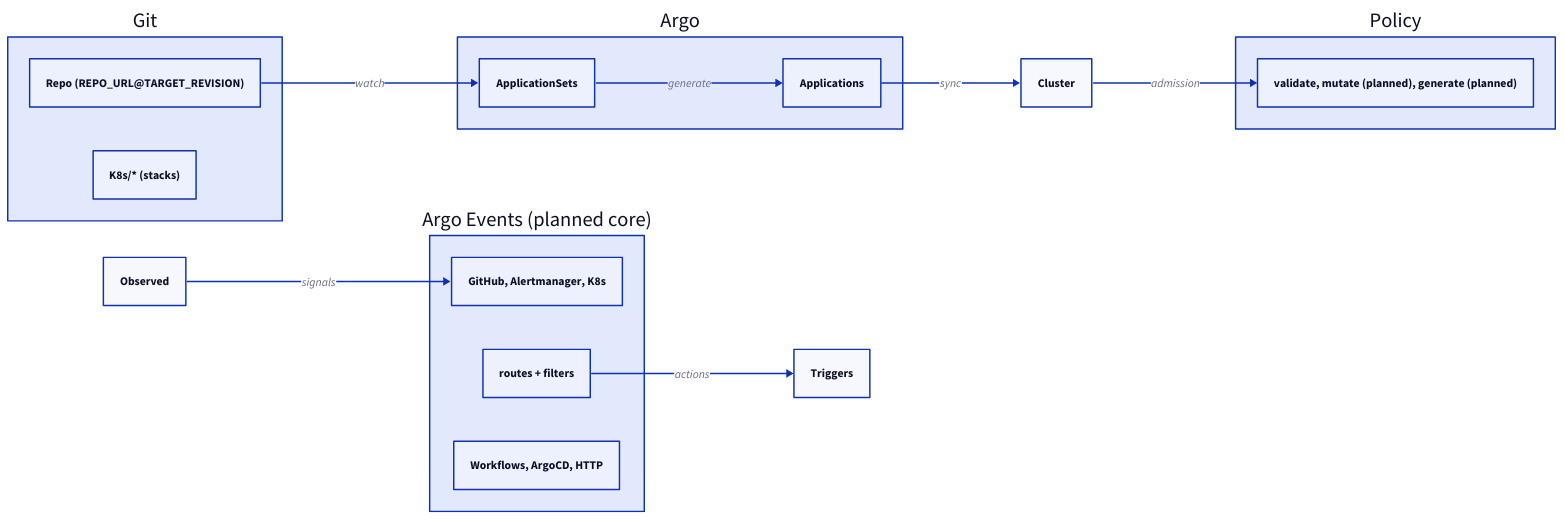
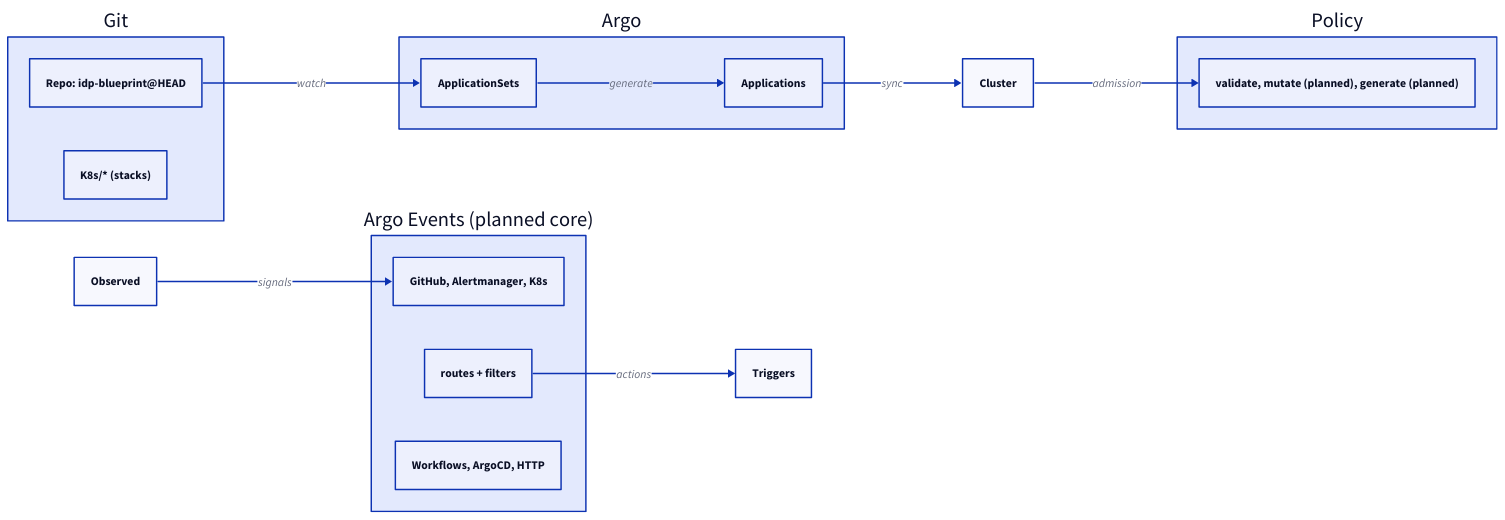
Before and after one commit to rou-cru/idp-blueprint: the third of 4 diagrams in Docs/concepts/index.md, drawn with D2. The commit also changed other lines of this file and 60 other files, not shown here.

````diff
--- a/Docs/concepts/index.md
+++ b/Docs/concepts/index.md
@@ -79,31 +80,31 @@
 ```d2
 direction: right
 
 Git: {
-  Repo: "Repo (REPO_URL@TARGET_REVISION)"
+  Repo: "Repo: idp-blueprint@HEAD"
   K8sDir: "K8s/* (stacks)"
 }
 
 Argo: {
   ApplicationSets
   Applications
 }
 
 Policy: {
   Kyverno: "validate, mutate (planned), generate (planned)"
 }
 
 Events: {
   label: "Argo Events (planned core)"
   Sources: "GitHub, Alertmanager, K8s"
   Sensors: "routes + filters"
   Triggers: "Workflows, ArgoCD, HTTP"
 }
 
 Git.Repo -> Argo.ApplicationSets: watch
 Argo.ApplicationSets -> Argo.Applications: generate
 Argo.Applications -> Cluster: sync
 Cluster -> Policy.Kyverno: admission
 Observed -> Events.Sources: signals
 Events.Sensors -> Triggers: actions
 ```
````
